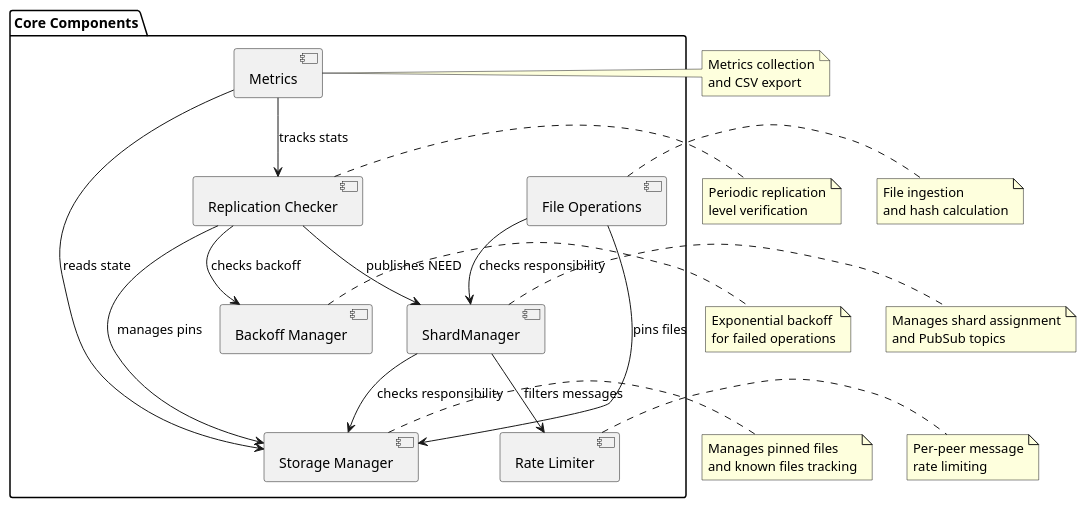
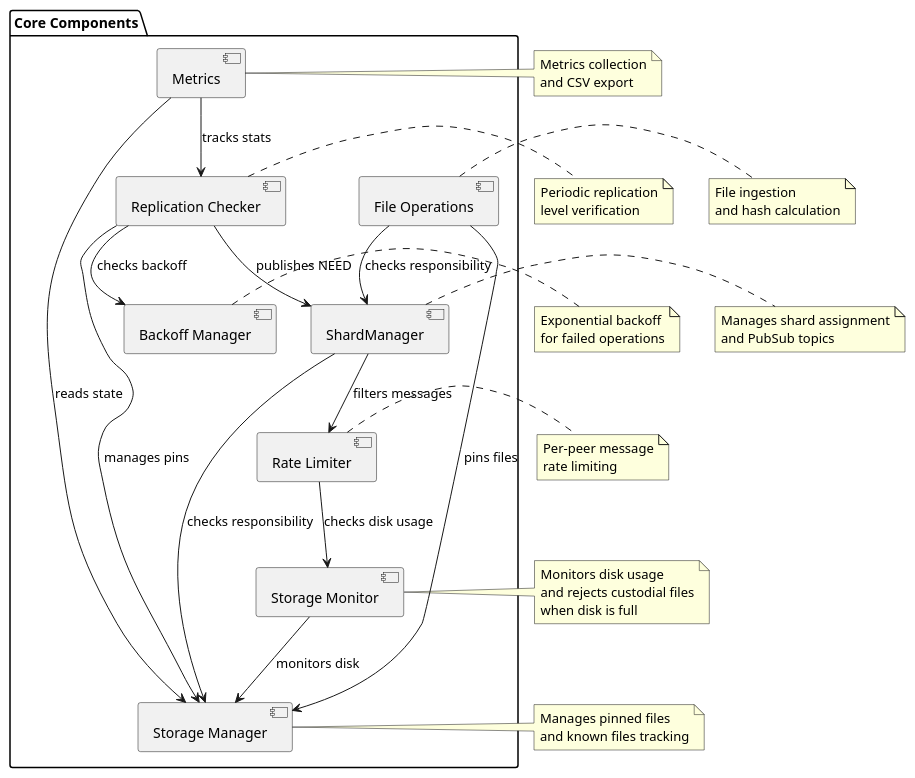
Before and after one commit to gipplab/D-LOCKSS: the diagram in docs/component_diagram.puml, drawn with PlantUML. The commit also changed 18 other files, not shown here.

Commit message:
- added badbits manager - added storage monitor - added replication checker with hysteresis (buffer before action) - added overlap state to shard transitions

```diff
--- a/docs/component_diagram.puml
+++ b/docs/component_diagram.puml
@@ -1,58 +1,67 @@
 @startuml D-LOCKSS Component Diagram
 
 package "Core Components" {
     component ShardManager
     component "Storage Manager" as StorageManager
     component "Replication Checker" as ReplicationChecker
     component "File Operations" as FileOperations
     component Metrics
     component "Rate Limiter" as RateLimiter
     component "Backoff Manager" as BackoffManager
+    component "Storage Monitor" as StorageMonitor
 }
 
 ShardManager --> StorageManager : checks responsibility
 ReplicationChecker --> StorageManager : manages pins
 ReplicationChecker --> ShardManager : publishes NEED
 FileOperations --> StorageManager : pins files
 FileOperations --> ShardManager : checks responsibility
 ReplicationChecker --> BackoffManager : checks backoff
 ShardManager --> RateLimiter : filters messages
+RateLimiter --> StorageMonitor : checks disk usage
+StorageMonitor --> StorageManager : monitors disk
 Metrics --> StorageManager : reads state
 Metrics --> ReplicationChecker : tracks stats
 
 note right of ShardManager
     Manages shard assignment
     and PubSub topics
 end note
 
 note right of StorageManager
     Manages pinned files
     and known files tracking
 end note
 
 note right of ReplicationChecker
     Periodic replication
     level verification
 end note
 
 note right of FileOperations
     File ingestion
     and hash calculation
 end note
 
 note right of Metrics
     Metrics collection
     and CSV export
 end note
 
 note right of RateLimiter
     Per-peer message
     rate limiting
 end note
 
 note right of BackoffManager
     Exponential backoff
     for failed operations
 end note
 
+note right of StorageMonitor
+    Monitors disk usage
+    and rejects custodial files
+    when disk is full
+end note
+
 @enduml
```
